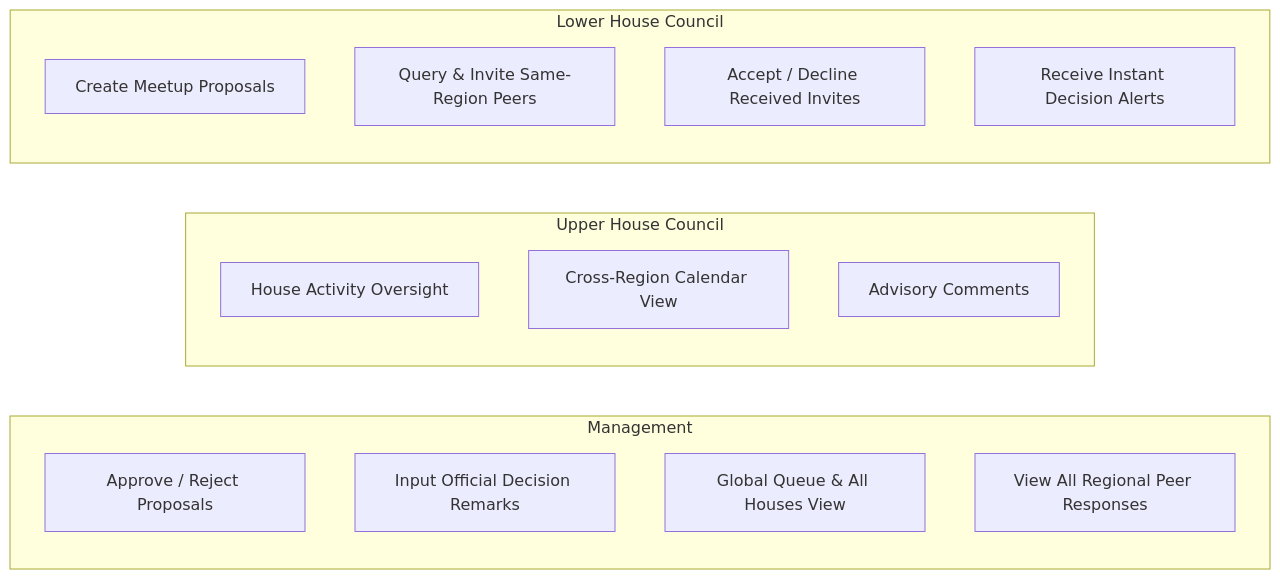
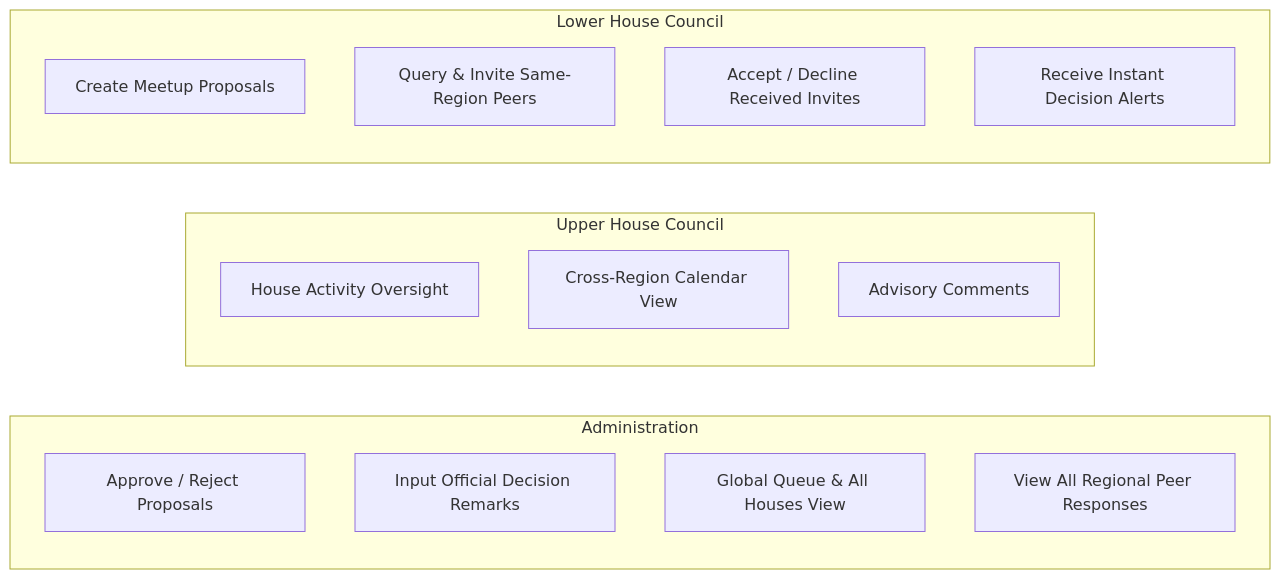
The first of 4 diagrams in WORKFLOW.md (aas0nic/iitmbs-meets), drawn with Mermaid before and after one commit. The commit also changed other lines of this file and 31 other files, not shown here.

Commit message:
refactor: rename management role to administration and add people management API and view

````diff
--- a/WORKFLOW.md
+++ b/WORKFLOW.md
@@ -76,22 +76,22 @@
 ```mermaid
 graph LR
-    subgraph Management
+    subgraph Administration
         M1[Approve / Reject Proposals]
         M2[Input Official Decision Remarks]
         M3[Global Queue & All Houses View]
         M4[View All Regional Peer Responses]
     end
 
     subgraph UHC [Upper House Council]
         U1[House Activity Oversight]
         U2[Cross-Region Calendar View]
         U3[Advisory Comments]
     end
 
     subgraph LHC [Lower House Council]
         L1[Create Meetup Proposals]
         L2[Query & Invite Same-Region Peers]
         L3[Accept / Decline Received Invites]
         L4[Receive Instant Decision Alerts]
     end
 ```
````
